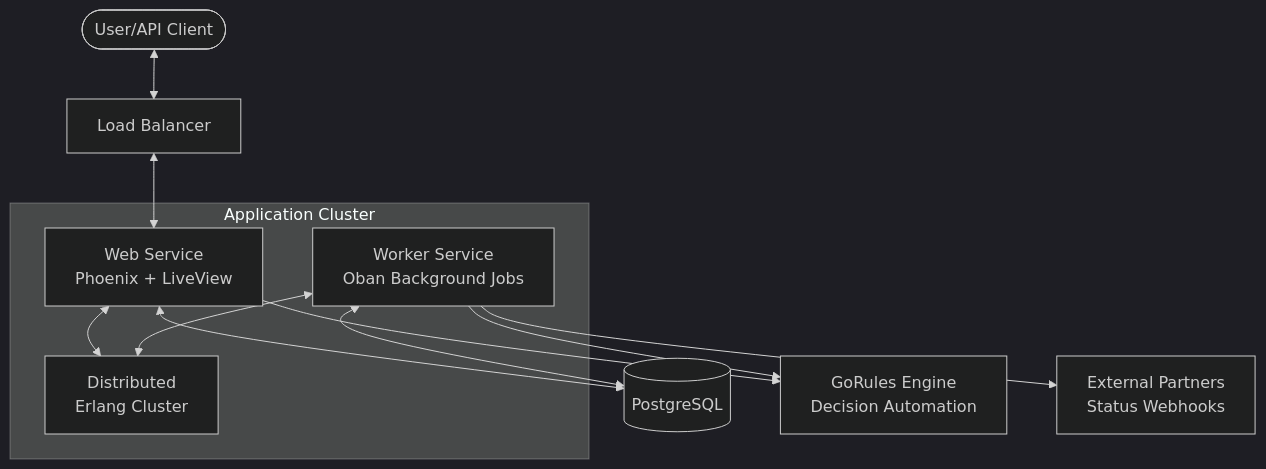
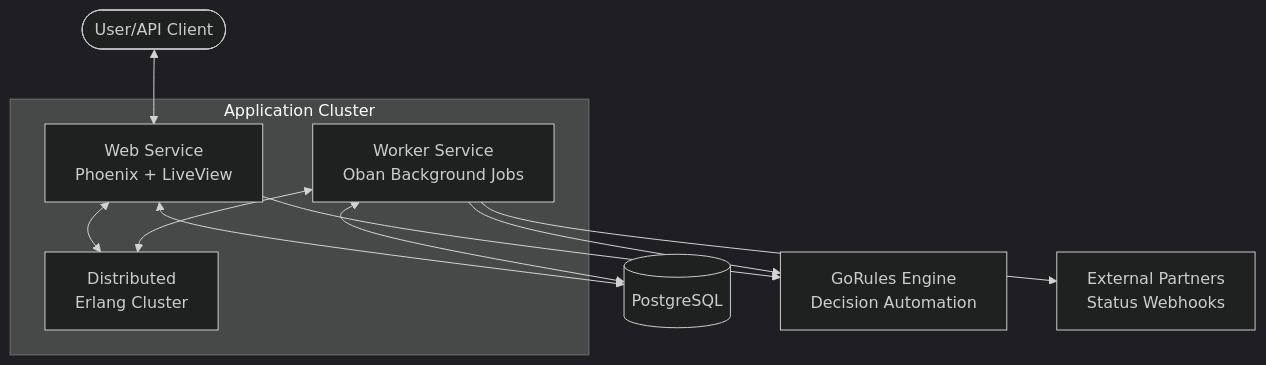
One commit to nmenag/global_task_fintech changed the first of 3 diagrams in README.md. Above: the diagram before and after it, drawn with Mermaid (dark theme). The commit also changed other lines of this file and 3 other files, not shown here.

````diff
--- a/README.md
+++ b/README.md
@@ -10,17 +10,16 @@
 ```mermaid
 graph TD
-    User([User/API Client]) <--> LB[Load Balancer]
-    LB <--> Web[Web Service <br/>Phoenix + LiveView]
+    User([User/API Client]) <--> Web[Web Service <br/>Phoenix + LiveView]
 
     subgraph "Application Cluster"
         Web <--> Cluster[Distributed <br/>Erlang Cluster]
         Worker[Worker Service <br/>Oban Background Jobs] <--> Cluster
     end
 
     Web <--> DB[(PostgreSQL)]
     Worker <--> DB
 
     Web --> GoRules[GoRules Engine <br/>Decision Automation]
     Worker --> GoRules
     Worker --> Webhooks[External Partners <br/>Status Webhooks]
 ```
````
